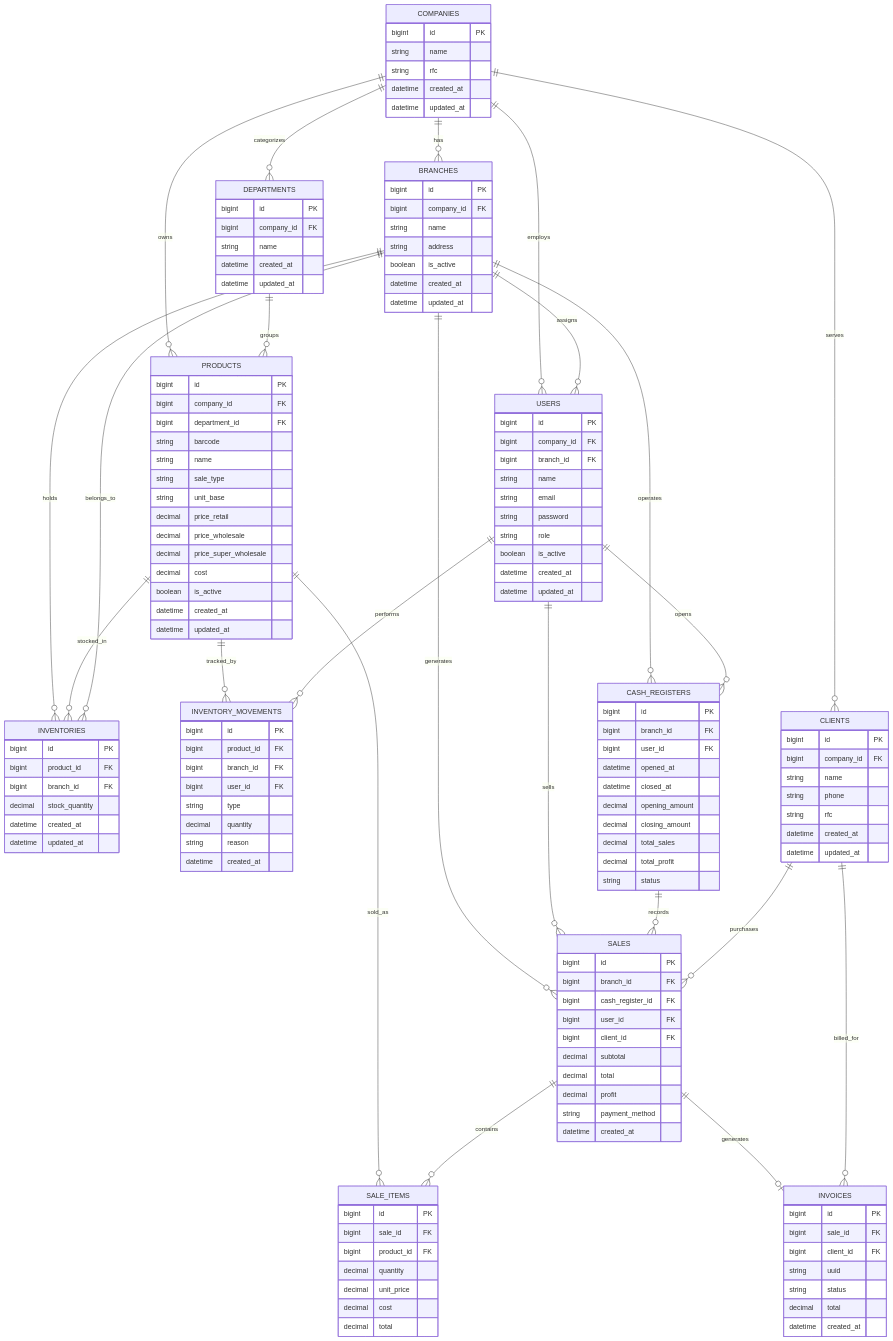
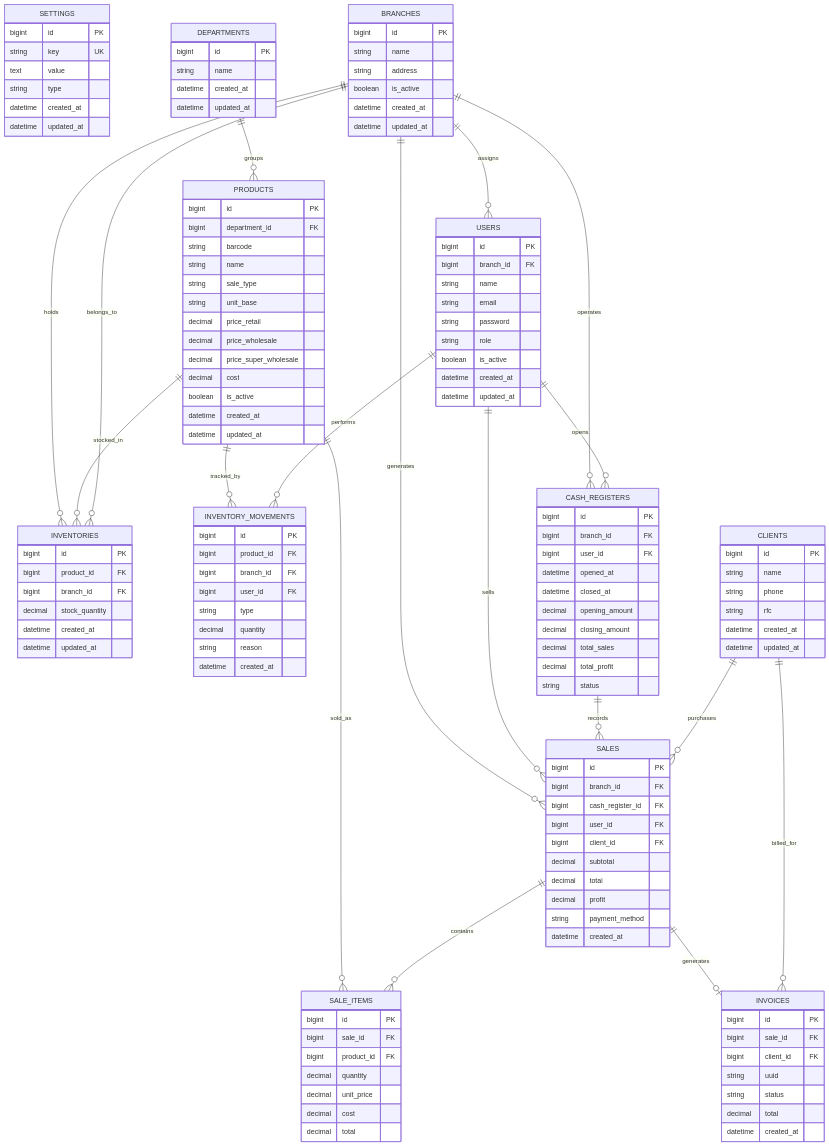
The diagram in README.md (memoadian/pos), drawn with Mermaid before and after one commit. The commit also changed other lines of this file, not shown here.

````diff
--- a/README.md
+++ b/README.md
@@ -113,17 +113,17 @@
 ```mermaid
 erDiagram
 
-    COMPANIES {
+    SETTINGS {
         bigint id PK
-        string name
-        string rfc
+        string key UK
+        text value
+        string type
         datetime created_at
         datetime updated_at
     }
 
     BRANCHES {
         bigint id PK
-        bigint company_id FK
         string name
         string address
         boolean is_active
@@ -133,7 +133,6 @@
 
     USERS {
         bigint id PK
-        bigint company_id FK
         bigint branch_id FK
         string name
         string email
@@ -146,7 +145,6 @@
 
     DEPARTMENTS {
         bigint id PK
-        bigint company_id FK
         string name
         datetime created_at
         datetime updated_at
@@ -154,7 +152,6 @@
 
     PRODUCTS {
         bigint id PK
-        bigint company_id FK
         bigint department_id FK
         string barcode
         string name
@@ -227,7 +224,6 @@
 
     CLIENTS {
         bigint id PK
-        bigint company_id FK
         string name
         string phone
         string rfc
@@ -246,12 +242,6 @@
     }
 
     %% RELATIONSHIPS
-
-    COMPANIES ||--o{ BRANCHES : has
-    COMPANIES ||--o{ USERS : employs
-    COMPANIES ||--o{ PRODUCTS : owns
-    COMPANIES ||--o{ DEPARTMENTS : categorizes
-    COMPANIES ||--o{ CLIENTS : serves
 
     BRANCHES ||--o{ USERS : assigns
     BRANCHES ||--o{ INVENTORIES : holds
````
